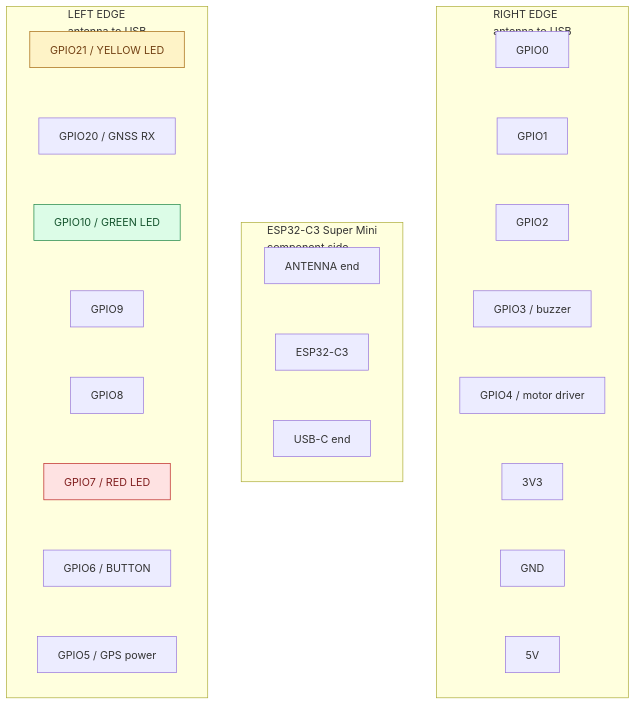
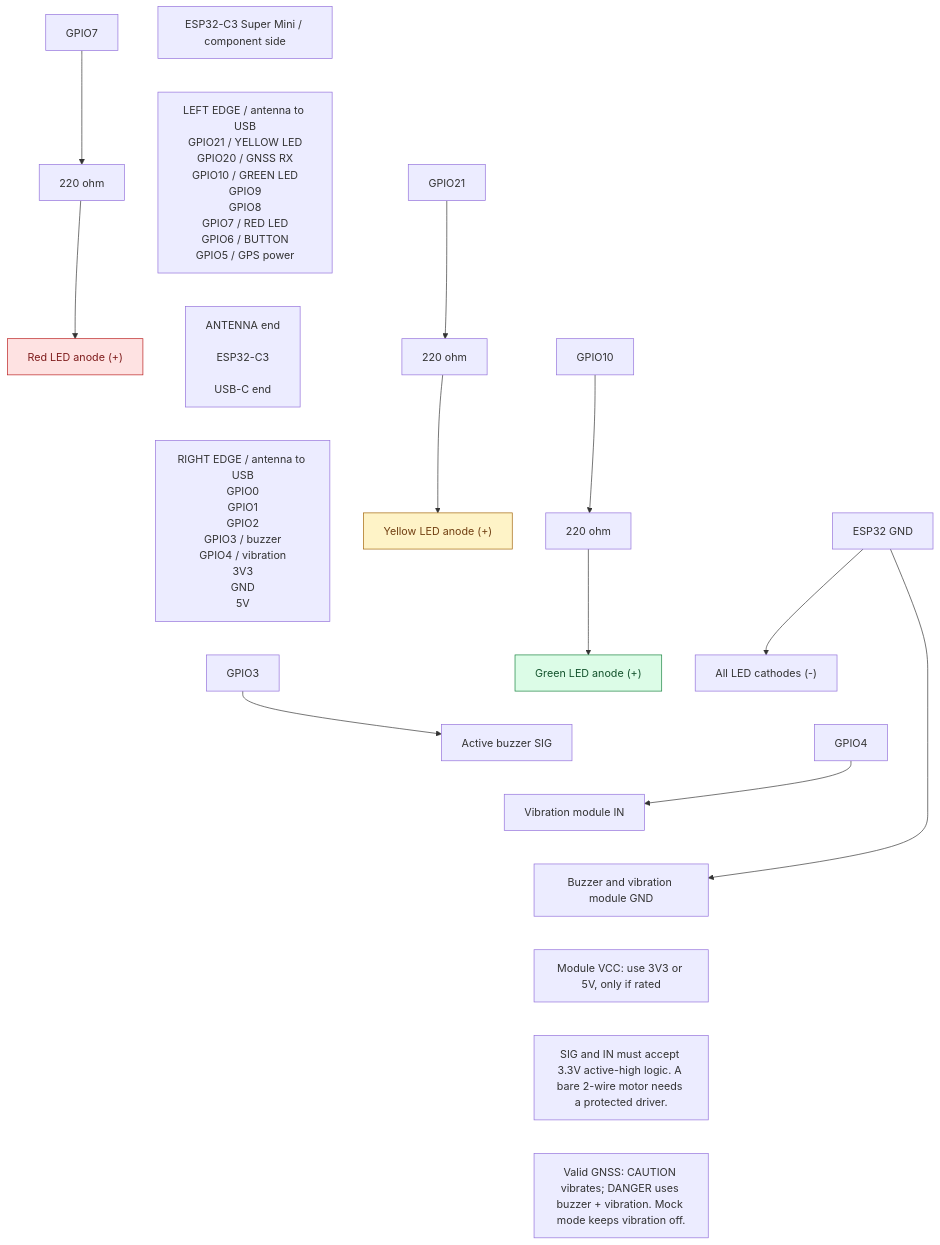
Before and after one commit to AdakHaddad/BALAT: the diagram in diagrams/esp32-c3-super-mini-led-pinout.mmd, drawn with Mermaid. The commit also changed 14 other files, not shown here.

```diff
--- a/diagrams/esp32-c3-super-mini-led-pinout.mmd
+++ b/diagrams/esp32-c3-super-mini-led-pinout.mmd
@@ -1,42 +1,28 @@
-graph LR
-  subgraph LEFT["LEFT EDGE<br/>antenna to USB"]
-    direction TB
-    L21["GPIO21 / YELLOW LED"]
-    L20["GPIO20 / GNSS RX"]
-    L10["GPIO10 / GREEN LED"]
-    L9["GPIO9"]
-    L8["GPIO8"]
-    L7["GPIO7 / RED LED"]
-    L6["GPIO6 / BUTTON"]
-    L5["GPIO5 / GPS power"]
-  end
+graph TB
+  HEADER["ESP32-C3 Super Mini / component side"]
+  LEFT["LEFT EDGE / antenna to USB<br/>GPIO21 / YELLOW LED<br/>GPIO20 / GNSS RX<br/>GPIO10 / GREEN LED<br/>GPIO9<br/>GPIO8<br/>GPIO7 / RED LED<br/>GPIO6 / BUTTON<br/>GPIO5 / GPS power"]
+  BOARD["ANTENNA end<br/><br/>ESP32-C3<br/><br/>USB-C end"]
+  RIGHT["RIGHT EDGE / antenna to USB<br/>GPIO0<br/>GPIO1<br/>GPIO2<br/>GPIO3 / buzzer<br/>GPIO4 / vibration<br/>3V3<br/>GND<br/>5V"]
 
-  subgraph BOARD["ESP32-C3 Super Mini<br/>component side"]
-    direction TB
-    ANT["ANTENNA end"]
-    CHIP["ESP32-C3"]
-    USB["USB-C end"]
-  end
+  GPIO7["GPIO7"] --> RRED["220 ohm"] --> RED["Red LED anode (+)"]
+  GPIO21["GPIO21"] --> RYELLOW["220 ohm"] --> YELLOW["Yellow LED anode (+)"]
+  GPIO10["GPIO10"] --> RGREEN["220 ohm"] --> GREEN["Green LED anode (+)"]
+  GND["ESP32 GND"] --> LEDCATHODES["All LED cathodes (-)"]
+  GPIO3["GPIO3"] --> BSIG["Active buzzer SIG"]
+  GPIO4["GPIO4"] --> VIN["Vibration module IN"]
+  GND --> MODGND["Buzzer and vibration module GND"]
+  SUPPLY["Module VCC: use 3V3 or 5V, only if rated"]
+  LOGIC["SIG and IN must accept 3.3V active-high logic. A bare 2-wire motor needs a protected driver."]
+  BEHAVIOR["Valid GNSS: CAUTION vibrates; DANGER uses buzzer + vibration. Mock mode keeps vibration off."]
 
-  subgraph RIGHT["RIGHT EDGE<br/>antenna to USB"]
-    direction TB
-    R0["GPIO0"]
-    R1["GPIO1"]
-    R2["GPIO2"]
-    R3["GPIO3 / buzzer"]
-    R4["GPIO4 / motor driver"]
-    V33["3V3"]
-    GND["GND"]
-    V5["5V"]
-  end
+  HEADER ~~~ LEFT ~~~ BOARD ~~~ RIGHT
+  RIGHT ~~~ GPIO3
+  RRED ~~~ RYELLOW ~~~ RGREEN
+  LEDCATHODES ~~~ BSIG ~~~ VIN ~~~ MODGND ~~~ SUPPLY ~~~ LOGIC ~~~ BEHAVIOR
 
-  ANT ~~~ CHIP ~~~ USB
-  L21 ~~~ L20 ~~~ L10 ~~~ L9 ~~~ L8 ~~~ L7 ~~~ L6 ~~~ L5
-  R0 ~~~ R1 ~~~ R2 ~~~ R3 ~~~ R4 ~~~ V33 ~~~ GND ~~~ V5
-  L10 ~~~ CHIP ~~~ R4
   classDef red fill:#fee2e2,stroke:#b91c1c,color:#7f1d1d
   classDef yellow fill:#fef3c7,stroke:#a16207,color:#713f12
   classDef green fill:#dcfce7,stroke:#15803d,color:#14532d
-  class L7 red
-  class L21 yellow
-  class L10 green
+  class RED red
+  class YELLOW yellow
+  class GREEN green
```
